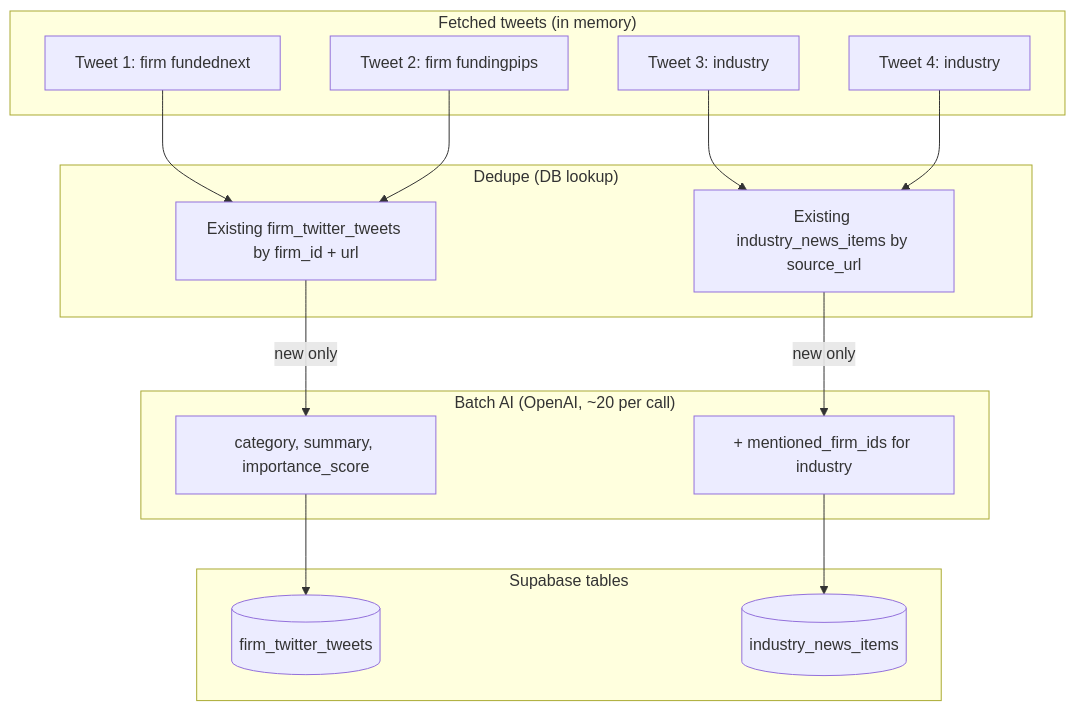
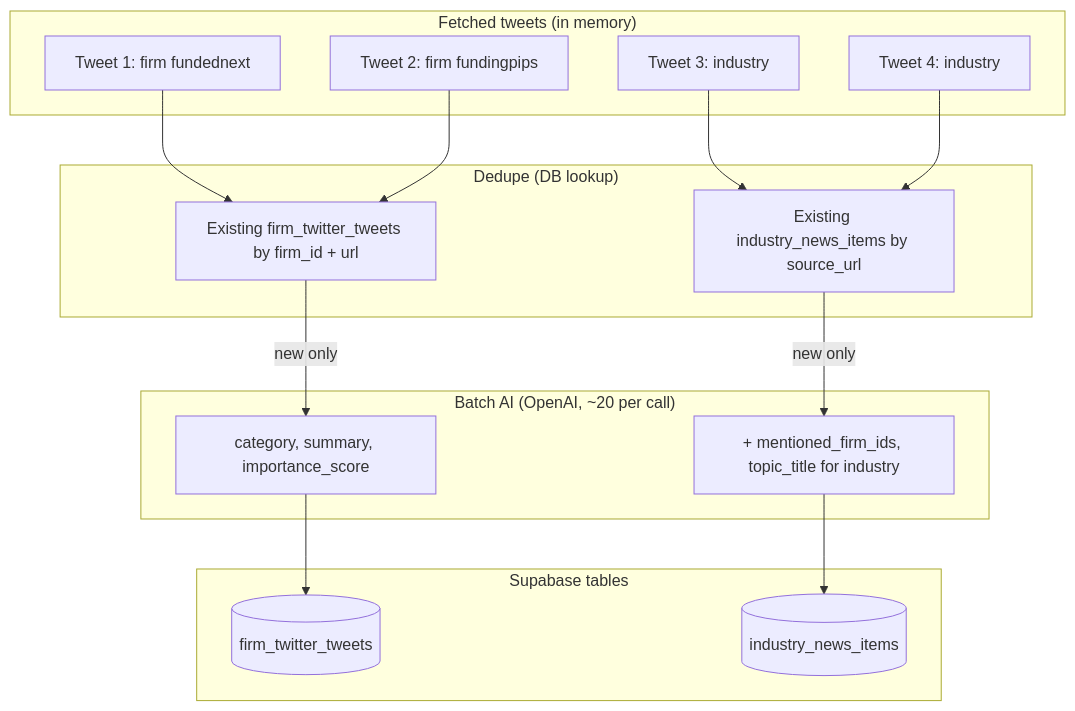
One commit to lego651/claude-wall changed the second of 5 diagrams in documents/runbooks/twitter-and-weekly-workflow.md. Above: the diagram before and after it, drawn with Mermaid. The commit also changed other lines of this file and 14 other files, not shown here.

Commit message:
feat: add twitter weekly flow

````diff
--- a/documents/runbooks/twitter-and-weekly-workflow.md
+++ b/documents/runbooks/twitter-and-weekly-workflow.md
@@ -69,33 +71,33 @@
 ```mermaid
 flowchart TB
   subgraph input["Fetched tweets (in memory)"]
     T1[Tweet 1: firm fundednext]
     T2[Tweet 2: firm fundingpips]
     T3[Tweet 3: industry]
     T4[Tweet 4: industry]
   end
 
   subgraph dedupe["Dedupe (DB lookup)"]
     D1[Existing firm_twitter_tweets by firm_id + url]
     D2[Existing industry_news_items by source_url]
   end
 
   subgraph ai["Batch AI (OpenAI, ~20 per call)"]
     AI1[category, summary, importance_score]
-    AI2[+ mentioned_firm_ids for industry]
+    AI2[+ mentioned_firm_ids, topic_title for industry]
   end
 
   subgraph tables["Supabase tables"]
     FTT[(firm_twitter_tweets)]
     INI[(industry_news_items)]
   end
 
   T1 --> D1
   T2 --> D1
   T3 --> D2
   T4 --> D2
   D1 -->|new only| AI1
   D2 -->|new only| AI2
   AI1 --> FTT
   AI2 --> INI
 ```
````
